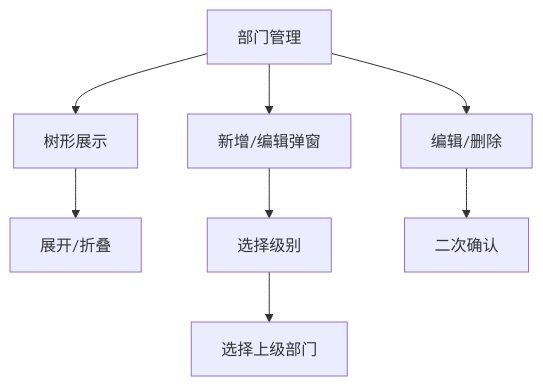
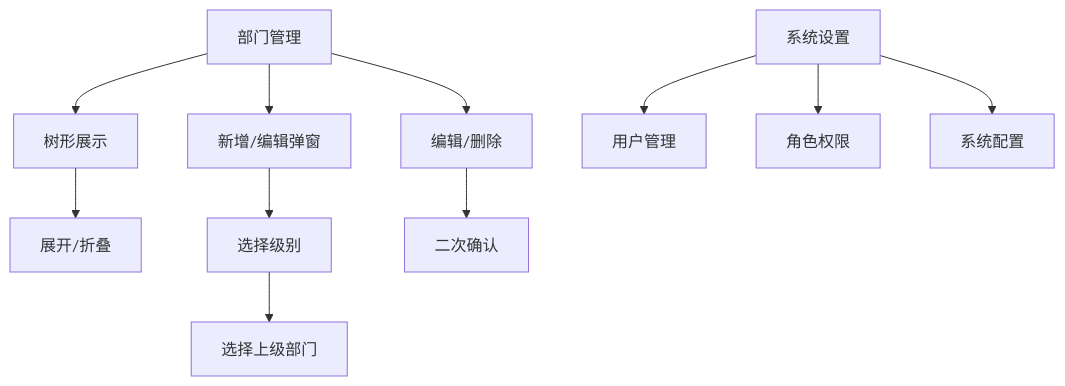
Before and after one commit to LouisFantansy/Budget_Mgt_Enterprise: the eighth of 9 diagrams in .qoder/repowiki/zh/content/核心功能模块/核心功能模块.md, drawn with Mermaid. The commit also changed other lines of this file and 10 other files, not shown here.

````diff
--- a/.qoder/repowiki/zh/content/核心功能模块/核心功能模块.md
+++ b/.qoder/repowiki/zh/content/核心功能模块/核心功能模块.md
@@ -326,10 +389,13 @@
 ```mermaid
 flowchart TD
 D["部门管理"] --> Tree["树形展示"]
 Tree --> Expand["展开/折叠"]
 D --> Modal["新增/编辑弹窗"]
 Modal --> Level["选择级别"]
 Level --> Parent["选择上级部门"]
 D --> Oper["编辑/删除"]
 Oper --> Confirm["二次确认"]
+S["系统设置"] --> User["用户管理"]
+S --> Role["角色权限"]
+S --> Config["系统配置"]
 ```
````
